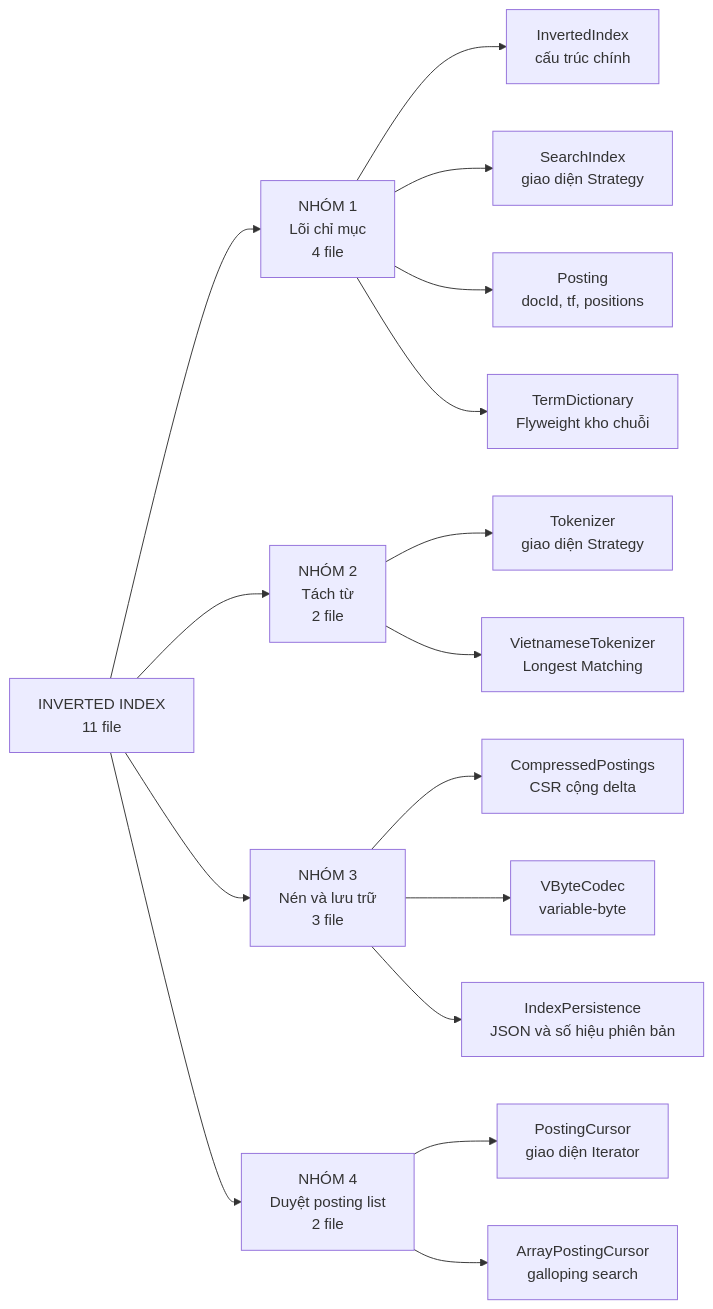
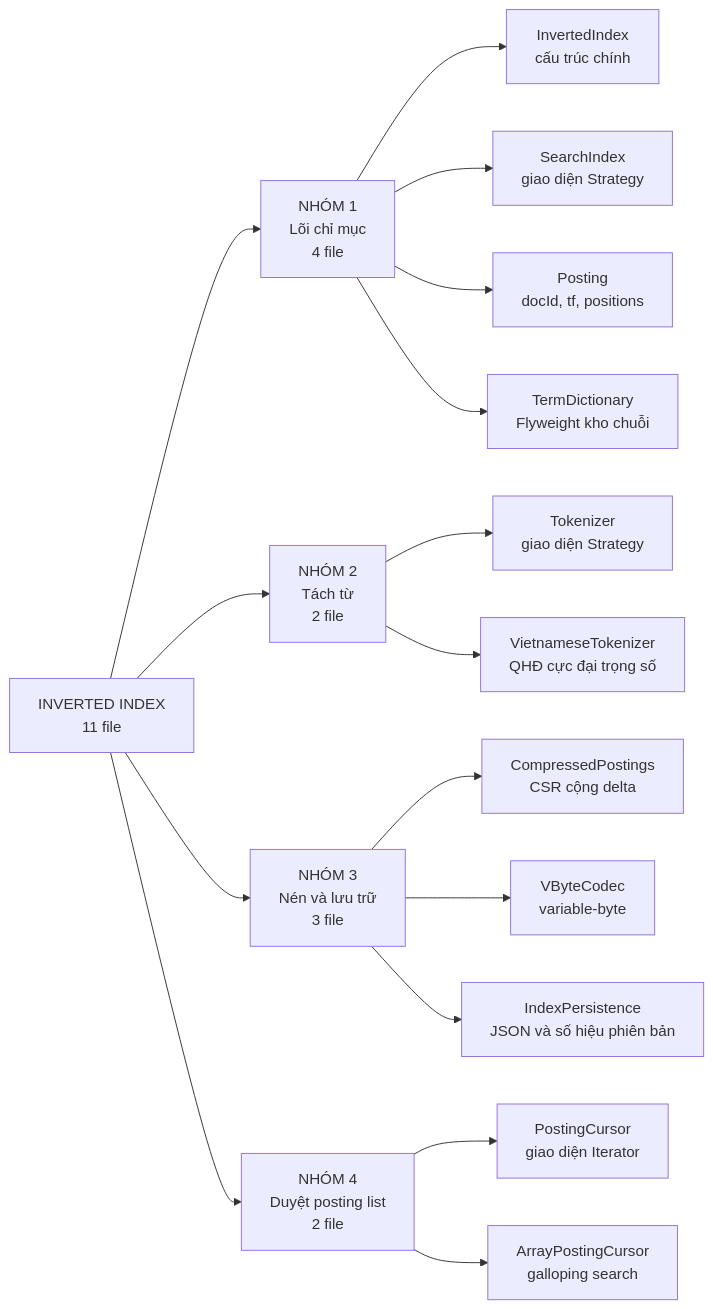
The first of 11 diagrams in docs/Math/03-index/00-SO-DO-TU-DUY.md (KietAnhCS/CocCoc-Plus), drawn with Mermaid before and after one commit. The commit also changed other lines of this file and 1 other file, not shown here.

First line of the commit message:
docs: correct tokenizer algorithm and dictionary

````diff
--- a/docs/Math/03-index/00-SO-DO-TU-DUY.md
+++ b/docs/Math/03-index/00-SO-DO-TU-DUY.md
@@ -19,24 +19,24 @@
 ```mermaid
 flowchart LR
     ROOT["INVERTED INDEX<br/>11 file"]
 
     ROOT --> G1["NHÓM 1<br/>Lõi chỉ mục<br/>4 file"]
     ROOT --> G2["NHÓM 2<br/>Tách từ<br/>2 file"]
     ROOT --> G3["NHÓM 3<br/>Nén và lưu trữ<br/>3 file"]
     ROOT --> G4["NHÓM 4<br/>Duyệt posting list<br/>2 file"]
 
     G1 --> G1A["InvertedIndex<br/>cấu trúc chính"]
     G1 --> G1B["SearchIndex<br/>giao diện Strategy"]
     G1 --> G1C["Posting<br/>docId, tf, positions"]
     G1 --> G1D["TermDictionary<br/>Flyweight kho chuỗi"]
 
     G2 --> G2A["Tokenizer<br/>giao diện Strategy"]
-    G2 --> G2B["VietnameseTokenizer<br/>Longest Matching"]
+    G2 --> G2B["VietnameseTokenizer<br/>QHĐ cực đại trọng số"]
 
     G3 --> G3A["CompressedPostings<br/>CSR cộng delta"]
     G3 --> G3B["VByteCodec<br/>variable-byte"]
     G3 --> G3C["IndexPersistence<br/>JSON và số hiệu phiên bản"]
 
     G4 --> G4A["PostingCursor<br/>giao diện Iterator"]
     G4 --> G4B["ArrayPostingCursor<br/>galloping search"]
 ```
````
